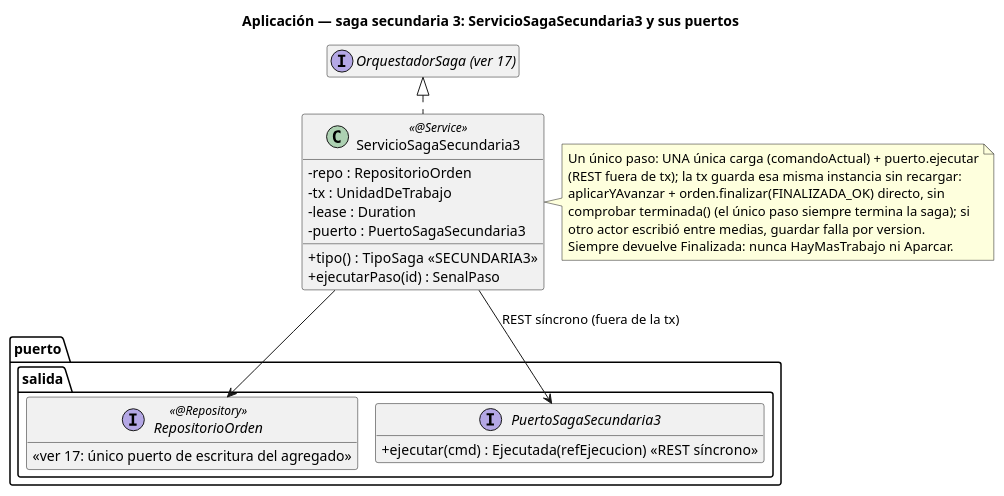
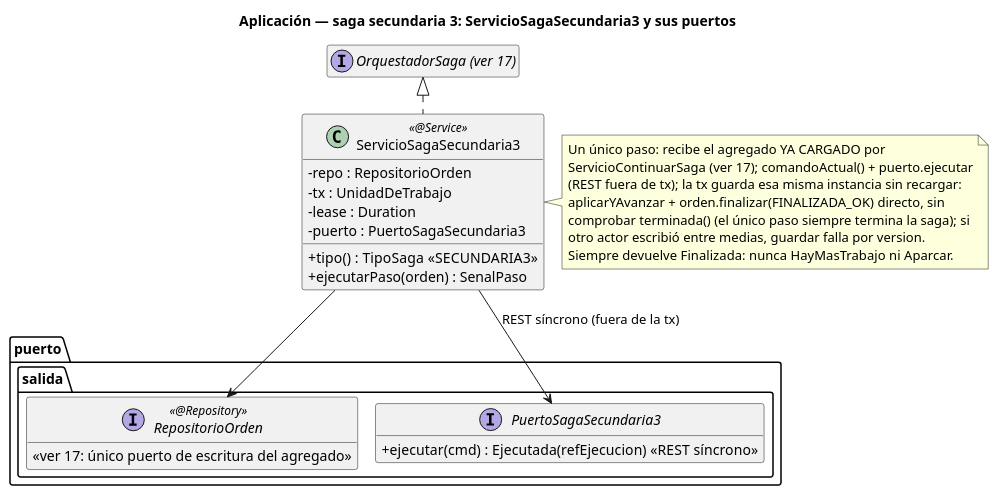
One commit to ralcazar/patrones changed the diagram in order-manager/docs/21-clases-aplicacion-saga-secundaria3.puml. Above: the diagram before and after it, drawn with PlantUML. The commit also changed 36 other files, not shown here.

```diff
--- a/order-manager/docs/21-clases-aplicacion-saga-secundaria3.puml
+++ b/order-manager/docs/21-clases-aplicacion-saga-secundaria3.puml
@@ -1,38 +1,39 @@
 @startuml 21-clases-aplicacion-saga-secundaria3
 title Aplicación — saga secundaria 3: ServicioSagaSecundaria3 y sus puertos
 !pragma layout smetana
 hide empty members
 skinparam classAttributeIconSize 0
 
 interface "OrquestadorSaga (ver 17)" as Base
 
 class ServicioSagaSecundaria3 <<@Service>> {
   -repo : RepositorioOrden
   -tx : UnidadDeTrabajo
   -lease : Duration
   -puerto : PuertoSagaSecundaria3
   +tipo() : TipoSaga  «SECUNDARIA3»
-  +ejecutarPaso(id) : SenalPaso
+  +ejecutarPaso(orden) : SenalPaso
 }
 note right of ServicioSagaSecundaria3
-  Un único paso: UNA única carga (comandoActual) + puerto.ejecutar
+  Un único paso: recibe el agregado YA CARGADO por
+  ServicioContinuarSaga (ver 17); comandoActual() + puerto.ejecutar
   (REST fuera de tx); la tx guarda esa misma instancia sin recargar:
   aplicarYAvanzar + orden.finalizar(FINALIZADA_OK) directo, sin
   comprobar terminada() (el único paso siempre termina la saga); si
   otro actor escribió entre medias, guardar falla por version.
   Siempre devuelve Finalizada: nunca HayMasTrabajo ni Aparcar.
 end note
 
 package "puerto.salida" {
   interface RepositorioOrden <<@Repository>> {
     «ver 17: único puerto de escritura del agregado»
   }
   interface PuertoSagaSecundaria3 {
     +ejecutar(cmd) : Ejecutada(refEjecucion)  «REST síncrono»
   }
 }
 
 Base <|.. ServicioSagaSecundaria3
 ServicioSagaSecundaria3 --> RepositorioOrden
 ServicioSagaSecundaria3 --> PuertoSagaSecundaria3 : REST síncrono (fuera de la tx)
 @enduml
```
